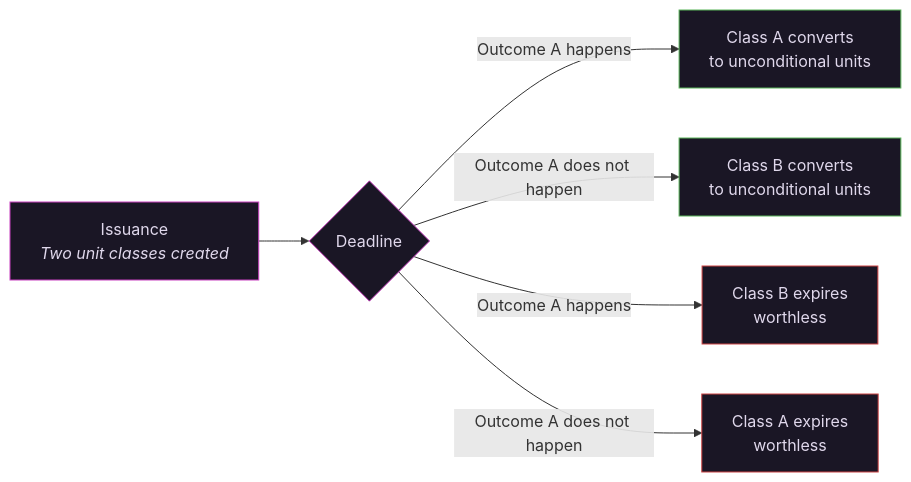
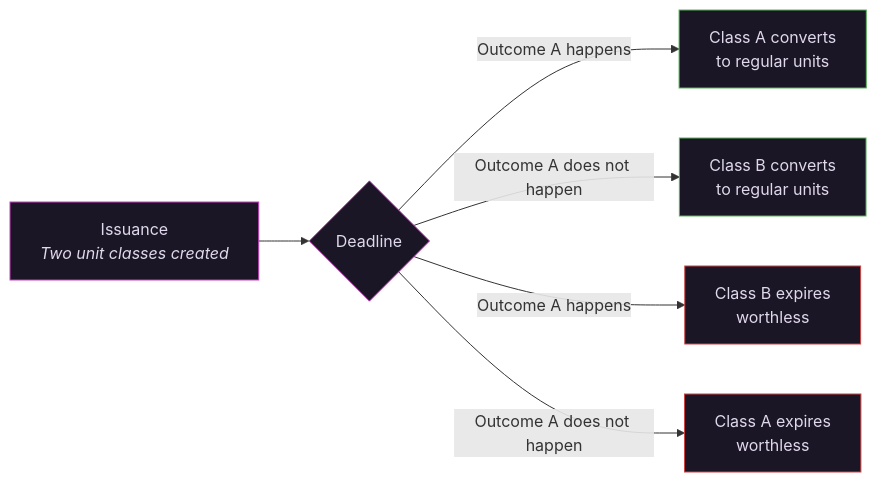
Before and after one commit to Vex-Holdings/vex-whitepaper: the second of 2 diagrams in the-vex-model.md, drawn with Mermaid. The commit also changed other lines of this file and 1 other file, not shown here.

Commit message:
docs: replace "unconditional" with "regular" for governance market units

````diff
--- a/the-vex-model.md
+++ b/the-vex-model.md
@@ -57,15 +57,15 @@
 ```mermaid
 graph LR
     A["Issuance<br/><i>Two unit classes created</i>"] --> B{"Deadline"}
-    B -->|"Outcome A happens"| C["Class A converts<br/>to unconditional units"]
-    B -->|"Outcome A does not happen"| D["Class B converts<br/>to unconditional units"]
+    B -->|"Outcome A happens"| C["Class A converts<br/>to regular units"]
+    B -->|"Outcome A does not happen"| D["Class B converts<br/>to regular units"]
     B -->|"Outcome A happens"| E["Class B expires<br/>worthless"]
     B -->|"Outcome A does not happen"| F["Class A expires<br/>worthless"]
 
     style A fill:#1a1625,stroke:#c840c0,color:#e0d8ec
     style B fill:#1a1625,stroke:#c840c0,color:#e0d8ec
     style C fill:#1a1625,stroke:#59b359,color:#e0d8ec
     style D fill:#1a1625,stroke:#59b359,color:#e0d8ec
     style E fill:#1a1625,stroke:#cc4444,color:#e0d8ec
     style F fill:#1a1625,stroke:#cc4444,color:#e0d8ec
 ```
````
